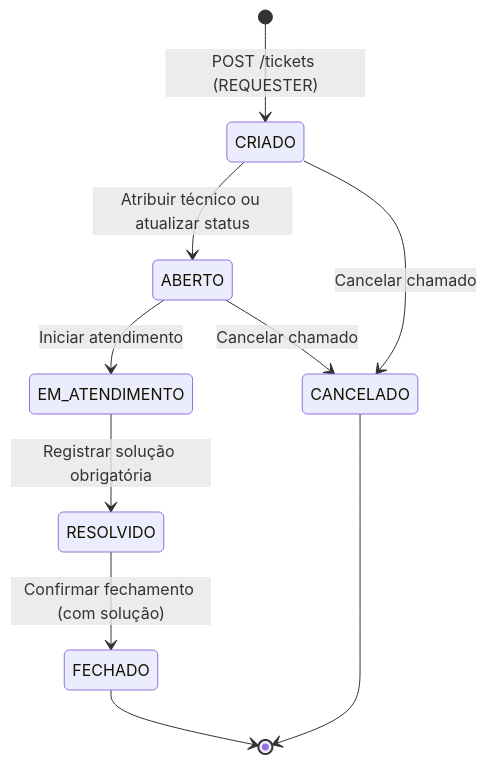
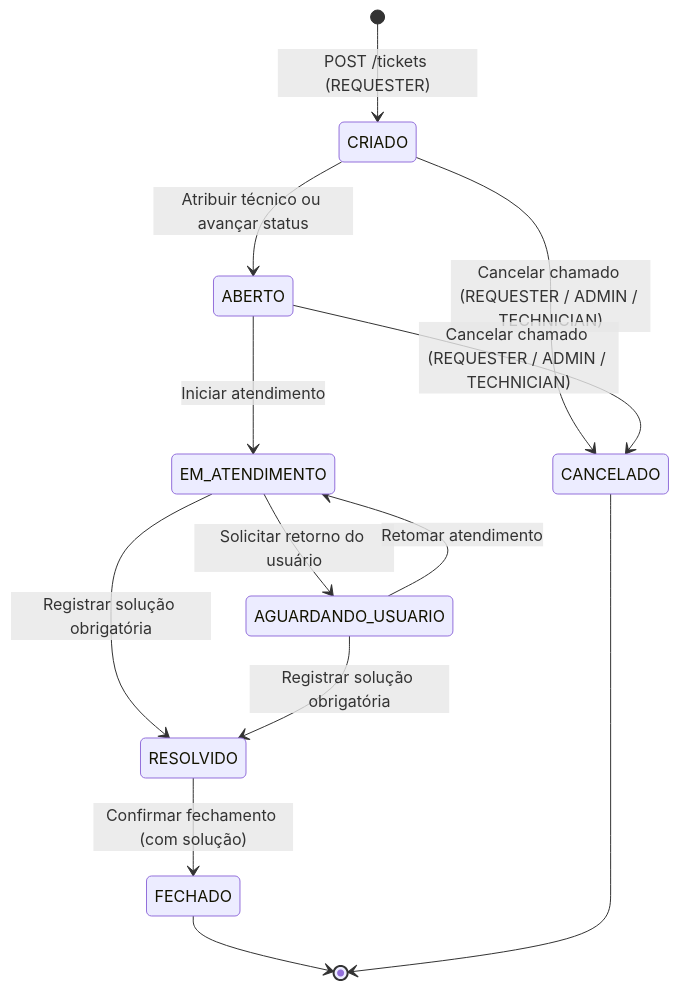
The second of 2 diagrams in README.md (chicoalive/helpdesk-pro), drawn with Mermaid before and after one commit. The commit also changed other lines of this file and 1 other file, not shown here.

Commit message:
docs: atualiza README e ROADMAP com fluxos completos, diagrama de estados e 351 testes (R6)

````diff
--- a/README.md
+++ b/README.md
@@ -86,17 +88,20 @@
 ```mermaid
 stateDiagram-v2
     [*] --> CRIADO : POST /tickets (REQUESTER)
 
-    CRIADO --> ABERTO : Atribuir técnico ou atualizar status
-    CRIADO --> CANCELADO : Cancelar chamado
+    CRIADO --> ABERTO : Atribuir técnico ou avançar status
+    CRIADO --> CANCELADO : Cancelar chamado (REQUESTER / ADMIN / TECHNICIAN)
 
     ABERTO --> EM_ATENDIMENTO : Iniciar atendimento
-    ABERTO --> CANCELADO : Cancelar chamado
+    ABERTO --> CANCELADO : Cancelar chamado (REQUESTER / ADMIN / TECHNICIAN)
 
+    EM_ATENDIMENTO --> AGUARDANDO_USUARIO : Solicitar retorno do usuário
+    AGUARDANDO_USUARIO --> EM_ATENDIMENTO : Retomar atendimento
     EM_ATENDIMENTO --> RESOLVIDO : Registrar solução obrigatória
+    AGUARDANDO_USUARIO --> RESOLVIDO : Registrar solução obrigatória
 
     RESOLVIDO --> FECHADO : Confirmar fechamento (com solução)
 
     FECHADO --> [*]
     CANCELADO --> [*]
 ```
````
